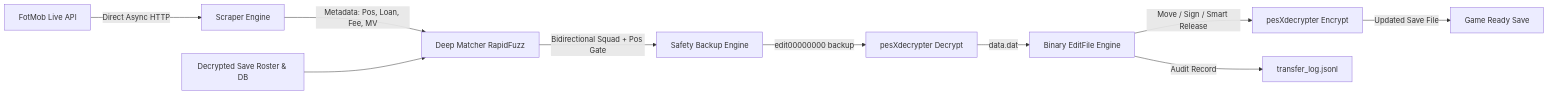
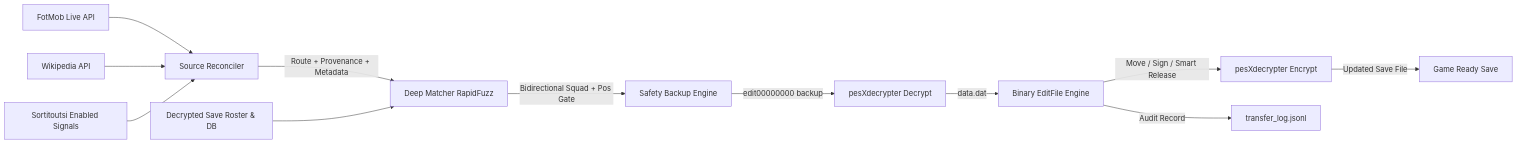
One commit to gvoze32/fldailyedit changed the diagram in README.md. Above: the diagram before and after it, drawn with Mermaid. The commit also changed other lines of this file and 10 other files, not shown here.

````diff
--- a/README.md
+++ b/README.md
@@ -90,12 +92,14 @@
 ```mermaid
 graph LR
-    A[FotMob Live API] -->|Direct Async HTTP| B[Scraper Engine]
-    B -->|Metadata: Pos, Loan, Fee, MV| C[Deep Matcher RapidFuzz]
+    A[FotMob Live API] --> B[Source Reconciler]
+    W[Wikipedia API] --> B
+    S[Sortitoutsi Enabled Signals] --> B
+    B -->|Route + Provenance + Metadata| C[Deep Matcher RapidFuzz]
     D[Decrypted Save Roster & DB] --> C
     C -->|Bidirectional Squad + Pos Gate| E[Safety Backup Engine]
     E -->|edit00000000 backup| F[pesXdecrypter Decrypt]
     F -->|data.dat| G[Binary EditFile Engine]
     G -->|Move / Sign / Smart Release| H[pesXdecrypter Encrypt]
     H -->|Updated Save File| I[Game Ready Save]
     G -->|Audit Record| J[transfer_log.jsonl]
 ```
````
